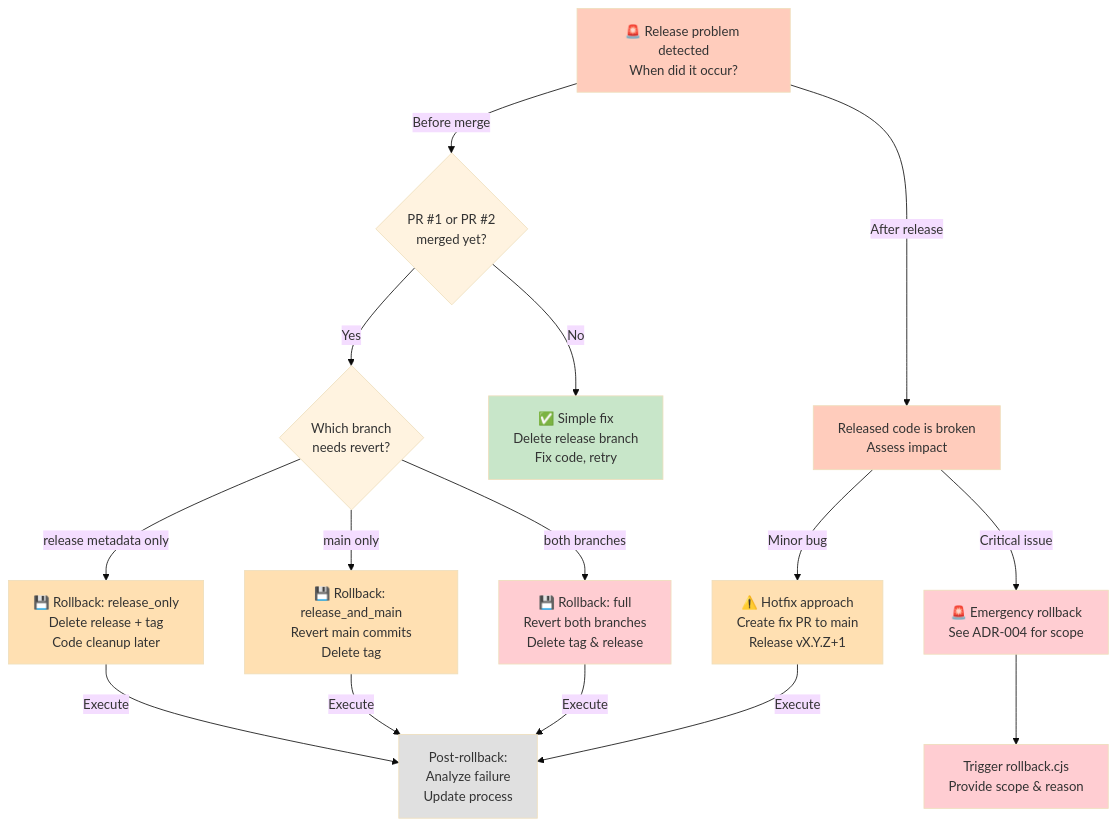
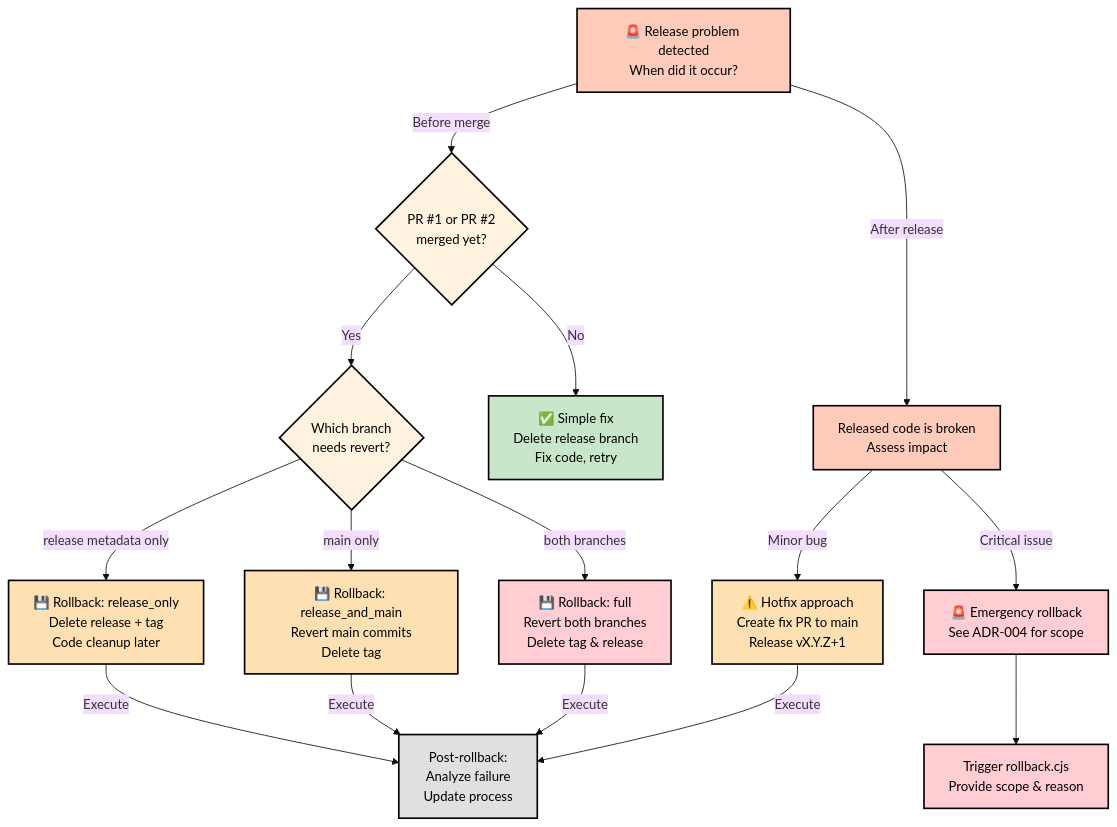
The fourth of 4 diagrams in docs/RELEASE_PROCESS.md (lightspeedwp/.github), drawn with Mermaid (base theme) before and after one commit. The commit also changed other lines of this file, not shown here.

Commit message:
fix: Correct WCAG AA color contrast in all Mermaid diagrams

````diff
--- a/docs/RELEASE_PROCESS.md
+++ b/docs/RELEASE_PROCESS.md
@@ -363,32 +363,32 @@
 ```mermaid
 flowchart TD
     accTitle: Rollback decision tree
     accDescr: Diagnose release failure timing and decide rollback scope (metadata only, main only, or full)
     A["🚨 Release problem detected<br/>When did it occur?"] -->|Before merge| B{PR #1 or PR #2<br/>merged yet?}
     A -->|After release| C["Released code is broken<br/>Assess impact"]
     B -->|No| D["✅ Simple fix<br/>Delete release branch<br/>Fix code, retry"]
     B -->|Yes| E{Which branch<br/>needs revert?}
     E -->|"release metadata only"| F["💾 Rollback: release_only<br/>Delete release + tag<br/>Code cleanup later"]
     E -->|"main only"| G["💾 Rollback: release_and_main<br/>Revert main commits<br/>Delete tag"]
     E -->|"both branches"| H["💾 Rollback: full<br/>Revert both branches<br/>Delete tag & release"]
     C -->|"Minor bug"| I["⚠️ Hotfix approach<br/>Create fix PR to main<br/>Release vX.Y.Z+1"]
     C -->|"Critical issue"| J["🚨 Emergency rollback<br/>See ADR-004 for scope"]
     J --> K["Trigger rollback.cjs<br/>Provide scope & reason"]
     F -->|Execute| L["Post-rollback:<br/>Analyze failure<br/>Update process"]
     G -->|Execute| L
     H -->|Execute| L
     I -->|Execute| L
     
-    style A fill:#ffccbc
-    style B fill:#fff3e0
-    style C fill:#ffccbc
-    style D fill:#c8e6c9
-    style E fill:#fff3e0
-    style F fill:#ffe0b2
-    style G fill:#ffe0b2
-    style H fill:#ffcdd2
-    style I fill:#ffe0b2
-    style J fill:#ffcdd2
-    style K fill:#ffcdd2
-    style L fill:#e0e0e0
+    style A fill:#ffccbc,color:#000,stroke:#000,stroke-width:2px
+    style B fill:#fff3e0,color:#000,stroke:#000,stroke-width:2px
+    style C fill:#ffccbc,color:#000,stroke:#000,stroke-width:2px
+    style D fill:#c8e6c9,color:#000,stroke:#000,stroke-width:2px
+    style E fill:#fff3e0,color:#000,stroke:#000,stroke-width:2px
+    style F fill:#ffe0b2,color:#000,stroke:#000,stroke-width:2px
+    style G fill:#ffe0b2,color:#000,stroke:#000,stroke-width:2px
+    style H fill:#ffcdd2,color:#000,stroke:#000,stroke-width:2px
+    style I fill:#ffe0b2,color:#000,stroke:#000,stroke-width:2px
+    style J fill:#ffcdd2,color:#000,stroke:#000,stroke-width:2px
+    style K fill:#ffcdd2,color:#000,stroke:#000,stroke-width:2px
+    style L fill:#e0e0e0,color:#000,stroke:#000,stroke-width:2px
 ```
````
